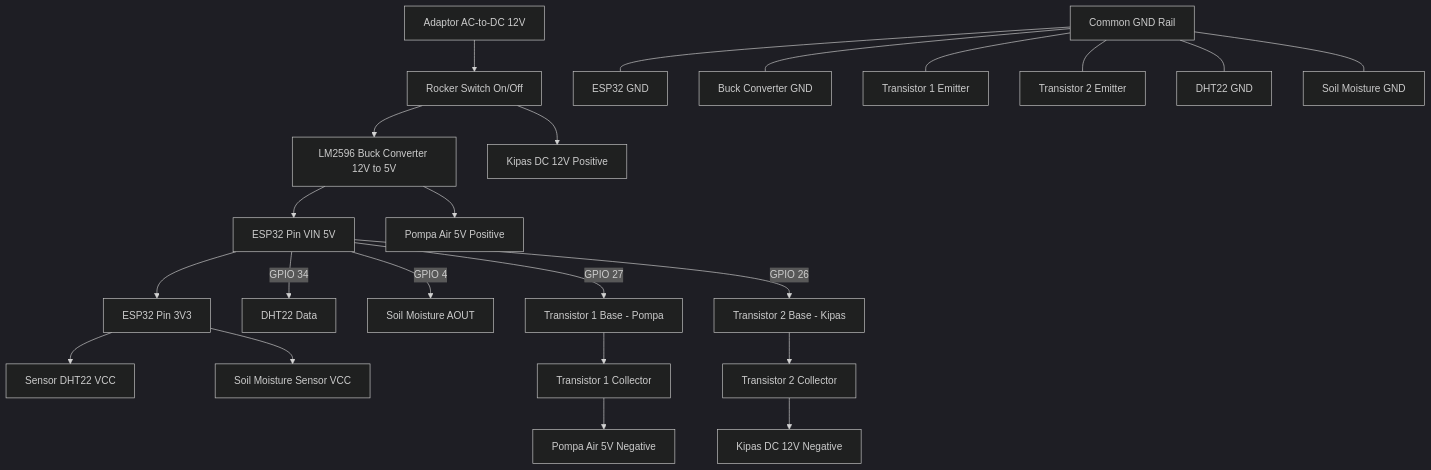
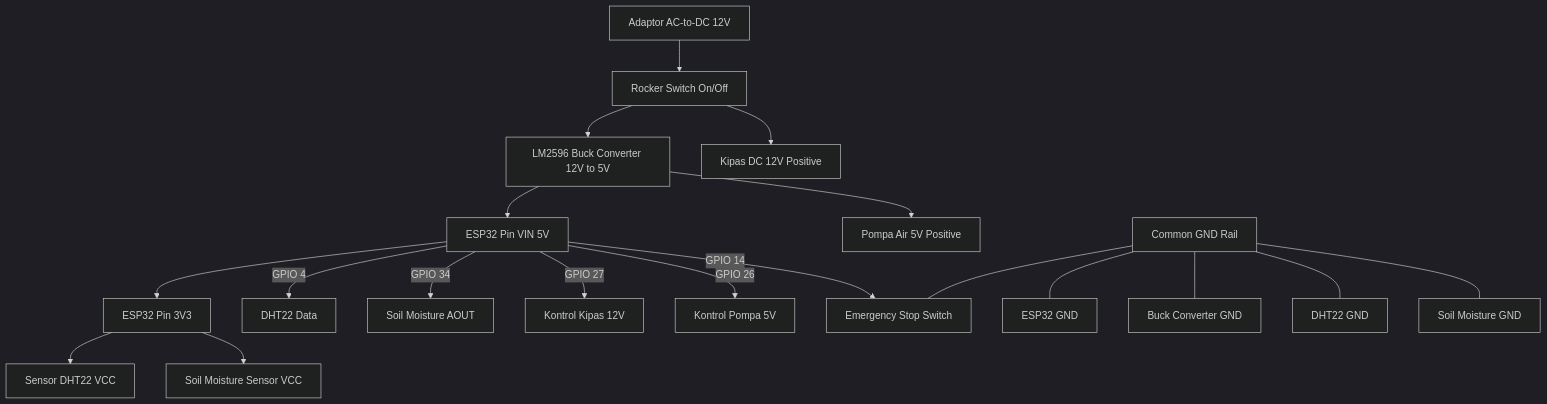
Before and after one commit to dittt637/Proyek-Sistem-Siber-Fisis: the diagram in hardware/README.md, drawn with Mermaid (dark theme). The commit also changed other lines of this file and 3 other files, not shown here.

Commit message:
Integrate Harits final firmware with full Fail-Safe architecture, E-Stop interrupt, median filter, and MQTT telemetry

````diff
--- a/hardware/README.md
+++ b/hardware/README.md
@@ -79,31 +70,27 @@
 ```mermaid
 flowchart TD
     AC[Adaptor AC-to-DC 12V] --> SWITCH[Rocker Switch On/Off]
     
     SWITCH --> BUCK[LM2596 Buck Converter 12V to 5V]
     SWITCH --> FAN_VCC[Kipas DC 12V Positive]
     
     BUCK --> ESP32_VIN[ESP32 Pin VIN 5V]
     BUCK --> PUMP_VCC[Pompa Air 5V Positive]
     
     ESP32_VIN --> ESP32_3V3[ESP32 Pin 3V3]
     
     ESP32_3V3 --> DHT[Sensor DHT22 VCC]
     ESP32_3V3 --> SOIL[Soil Moisture Sensor VCC]
     
-    ESP32_VIN -- GPIO 34 --> DHT_DATA[DHT22 Data]
-    ESP32_VIN -- GPIO 4 --> SOIL_AOUT[Soil Moisture AOUT]
-    
-    ESP32_VIN -- GPIO 27 --> TR1_BASE[Transistor 1 Base - Pompa]
-    ESP32_VIN -- GPIO 26 --> TR2_BASE[Transistor 2 Base - Kipas]
-    
-    TR1_BASE --> TR1_C[Transistor 1 Collector] --> PUMP_GND[Pompa Air 5V Negative]
-    TR2_BASE --> TR2_C[Transistor 2 Collector] --> FAN_GND[Kipas DC 12V Negative]
+    ESP32_VIN -- GPIO 4 --> DHT_DATA[DHT22 Data]
+    ESP32_VIN -- GPIO 34 --> SOIL_AOUT[Soil Moisture AOUT]
+    ESP32_VIN -- GPIO 27 --> FAN_CTRL[Kontrol Kipas 12V]
+    ESP32_VIN -- GPIO 26 --> PUMP_CTRL[Kontrol Pompa 5V]
+    ESP32_VIN -- GPIO 14 --> ESTOP[Emergency Stop Switch]
     
     GND[Common GND Rail] --- ESP32_GND[ESP32 GND]
     GND --- BUCK_GND[Buck Converter GND]
-    GND --- TR1_E[Transistor 1 Emitter]
-    GND --- TR2_E[Transistor 2 Emitter]
     GND --- DHT_GND[DHT22 GND]
     GND --- SOIL_GND[Soil Moisture GND]
+    GND --- ESTOP
 ```
````
